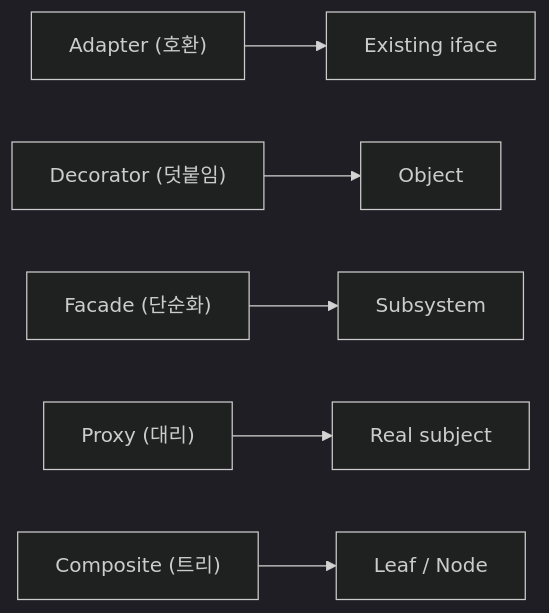
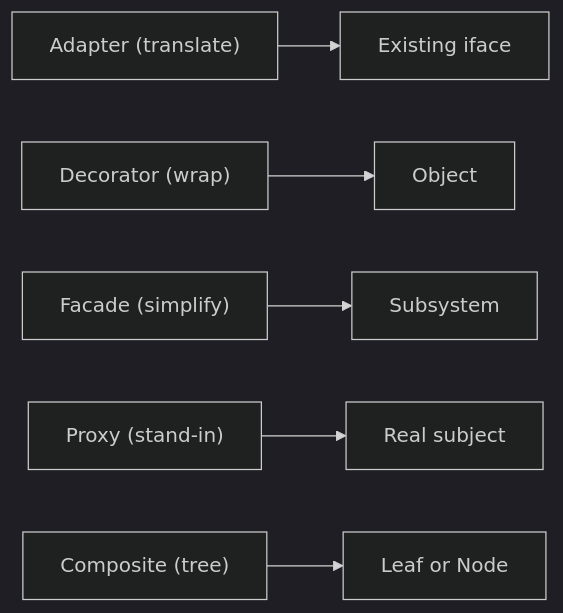
Before and after one commit to yeongseon-books/book-content: the diagram in content/design-patterns-101/ko/03-structural-patterns.md, drawn with Mermaid (dark theme). The commit also changed other lines of this file and 9 other files, not shown here.

````diff
--- a/content/design-patterns-101/ko/03-structural-patterns.md
+++ b/content/design-patterns-101/ko/03-structural-patterns.md
@@ -36,8 +50,8 @@
 ```mermaid
 flowchart LR
-    A["Adapter (호환)"] --> X["Existing iface"]
-    D["Decorator (덧붙임)"] --> O["Object"]
-    F["Facade (단순화)"] --> S["Subsystem"]
-    P["Proxy (대리)"] --> R["Real subject"]
-    C["Composite (트리)"] --> L["Leaf / Node"]
+    A["Adapter (translate)"] --> X["Existing iface"]
+    D["Decorator (wrap)"] --> O["Object"]
+    F["Facade (simplify)"] --> S["Subsystem"]
+    P["Proxy (stand-in)"] --> R["Real subject"]
+    C["Composite (tree)"] --> L["Leaf or Node"]
 ```
````
